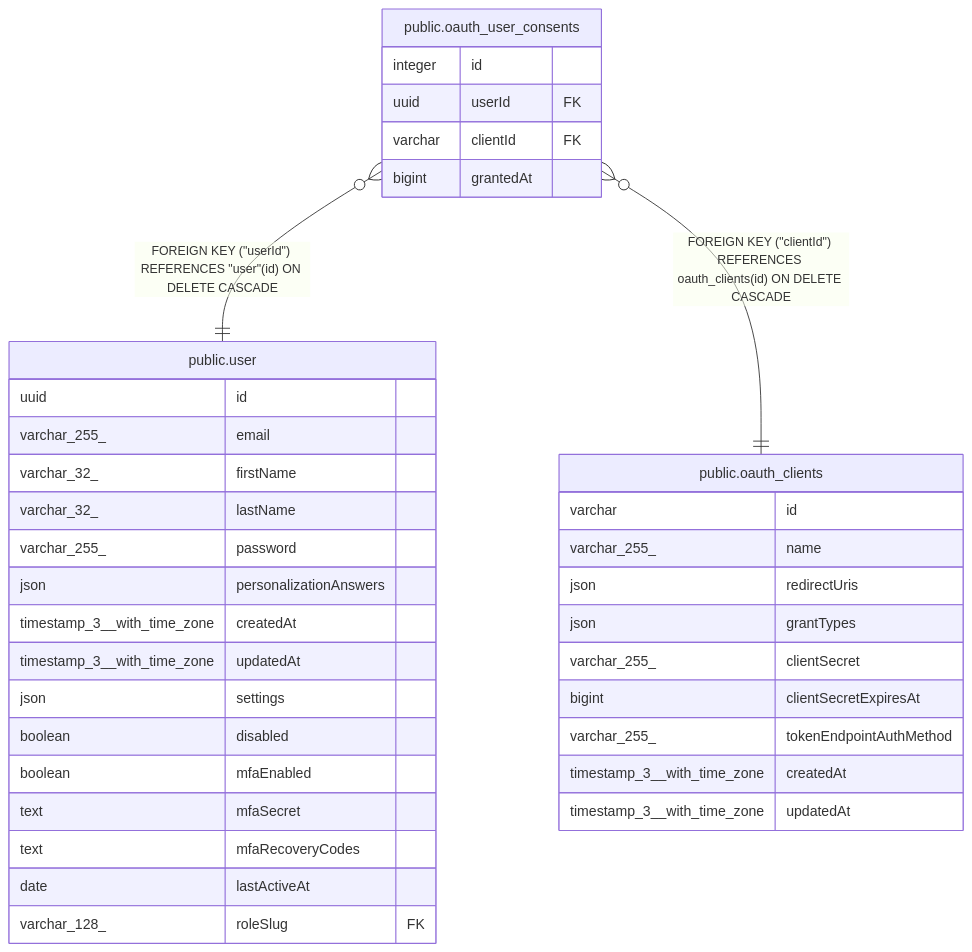
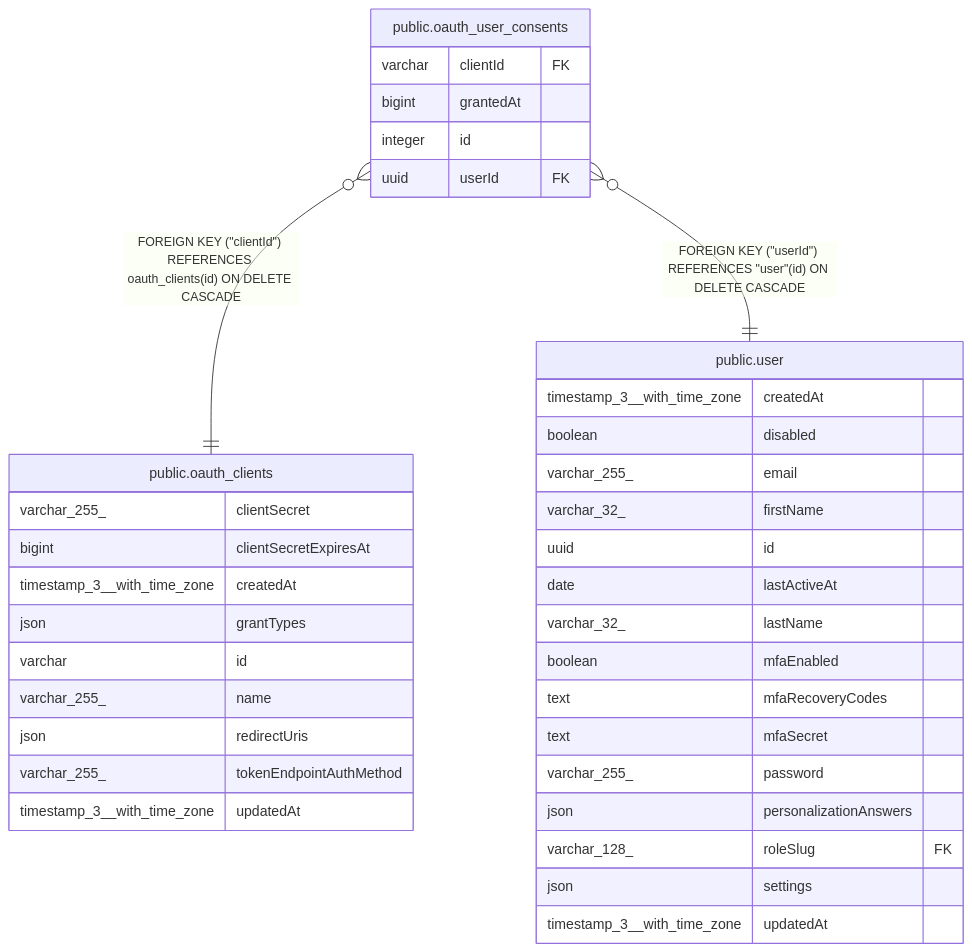
Before and after one commit to mayankjain1815-commits/n8n: the diagram in docs/generated/postgres-schema/public.oauth_user_consents.md, drawn with Mermaid. The commit also changed other lines of this file and 221 other files, not shown here.

Commit message:
chore(core): Make DB schema docs generation deterministic (#32373)

````diff
--- a/docs/generated/postgres-schema/public.oauth_user_consents.md
+++ b/docs/generated/postgres-schema/public.oauth_user_consents.md
@@ -34,41 +34,41 @@
 ```mermaid
 erDiagram
 
+"public.oauth_user_consents" }o--|| "public.oauth_clients" : "FOREIGN KEY (#quot;clientId#quot;) REFERENCES oauth_clients(id) ON DELETE CASCADE"
 "public.oauth_user_consents" }o--|| "public.user" : "FOREIGN KEY (#quot;userId#quot;) REFERENCES #quot;user#quot;(id) ON DELETE CASCADE"
-"public.oauth_user_consents" }o--|| "public.oauth_clients" : "FOREIGN KEY (#quot;clientId#quot;) REFERENCES oauth_clients(id) ON DELETE CASCADE"
 
 "public.oauth_user_consents" {
+  varchar clientId FK
+  bigint grantedAt
   integer id
   uuid userId FK
-  varchar clientId FK
-  bigint grantedAt
-}
-"public.user" {
-  uuid id
-  varchar_255_ email
-  varchar_32_ firstName
-  varchar_32_ lastName
-  varchar_255_ password
-  json personalizationAnswers
-  timestamp_3__with_time_zone createdAt
-  timestamp_3__with_time_zone updatedAt
-  json settings
-  boolean disabled
-  boolean mfaEnabled
-  text mfaSecret
-  text mfaRecoveryCodes
-  date lastActiveAt
-  varchar_128_ roleSlug FK
 }
 "public.oauth_clients" {
+  varchar_255_ clientSecret
+  bigint clientSecretExpiresAt
+  timestamp_3__with_time_zone createdAt
+  json grantTypes
   varchar id
   varchar_255_ name
   json redirectUris
-  json grantTypes
-  varchar_255_ clientSecret
-  bigint clientSecretExpiresAt
   varchar_255_ tokenEndpointAuthMethod
+  timestamp_3__with_time_zone updatedAt
+}
+"public.user" {
   timestamp_3__with_time_zone createdAt
+  boolean disabled
+  varchar_255_ email
+  varchar_32_ firstName
+  uuid id
+  date lastActiveAt
+  varchar_32_ lastName
+  boolean mfaEnabled
+  text mfaRecoveryCodes
+  text mfaSecret
+  varchar_255_ password
+  json personalizationAnswers
+  varchar_128_ roleSlug FK
+  json settings
   timestamp_3__with_time_zone updatedAt
 }
 ```
````
